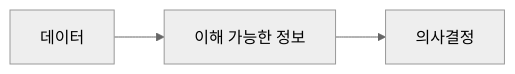
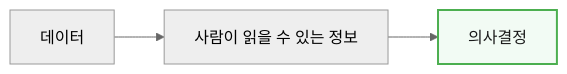
One commit to i31pc17/bitbook changed diagram 17 of 22 in 모던 데이터 아키텍처/19장. 데이터를 소비하는 환경.md. Above: the diagram before and after it, drawn with Mermaid (neutral theme). The commit also changed other lines of this file and 1 other file, not shown here.

````diff
--- a/모던 데이터 아키텍처/19장. 데이터를 소비하는 환경.md
+++ b/모던 데이터 아키텍처/19장. 데이터를 소비하는 환경.md
@@ -1094,4 +1120,6 @@
 ```mermaid
 flowchart LR
-    n0["데이터"] --> n1["이해 가능한 정보"] --> n2["의사결정"]
+    D["데이터"] --> I["사람이 읽을 수 있는 정보"] --> A["의사결정"]
+
+    style A fill:#f2fbf4,stroke:#4caf50,stroke-width:2px,color:#1a1a1a
 ```
````
